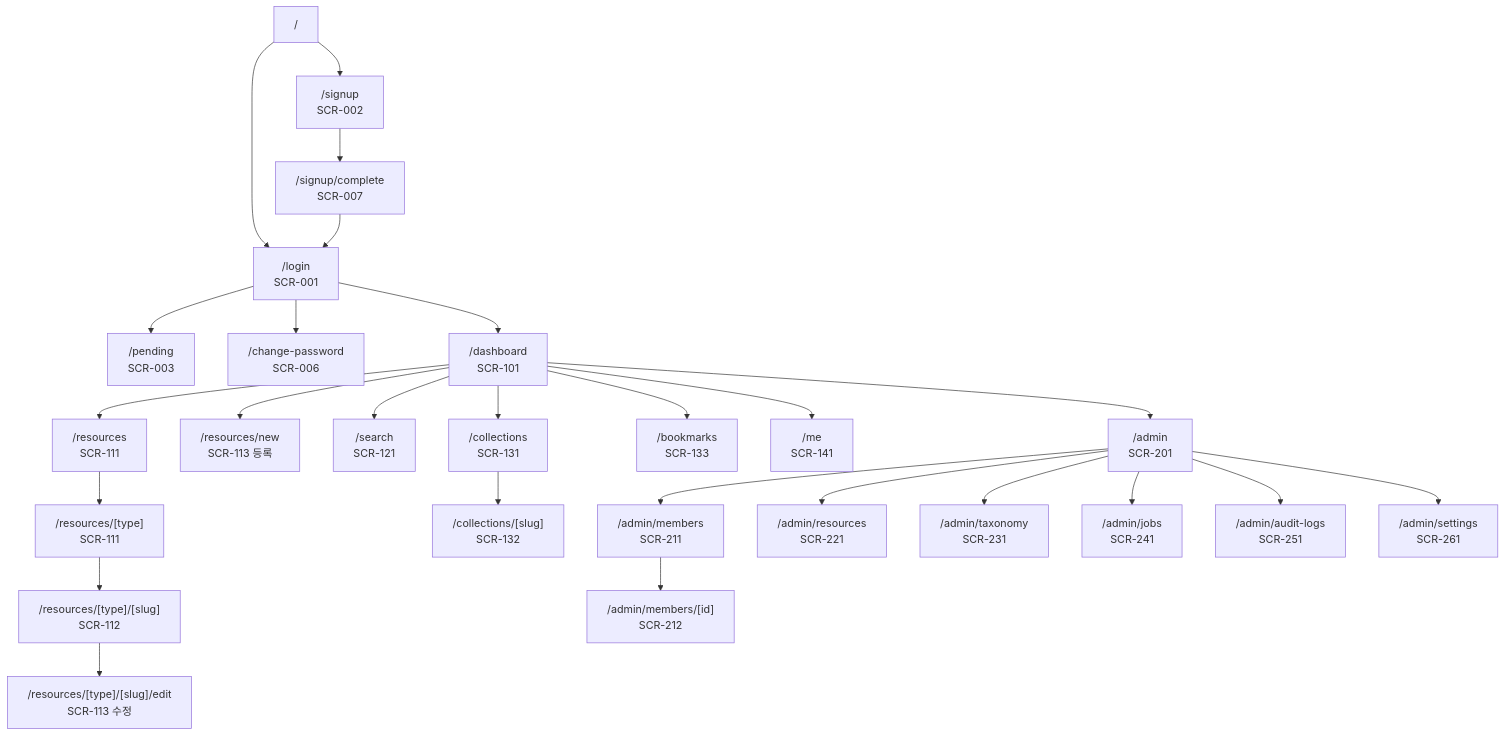
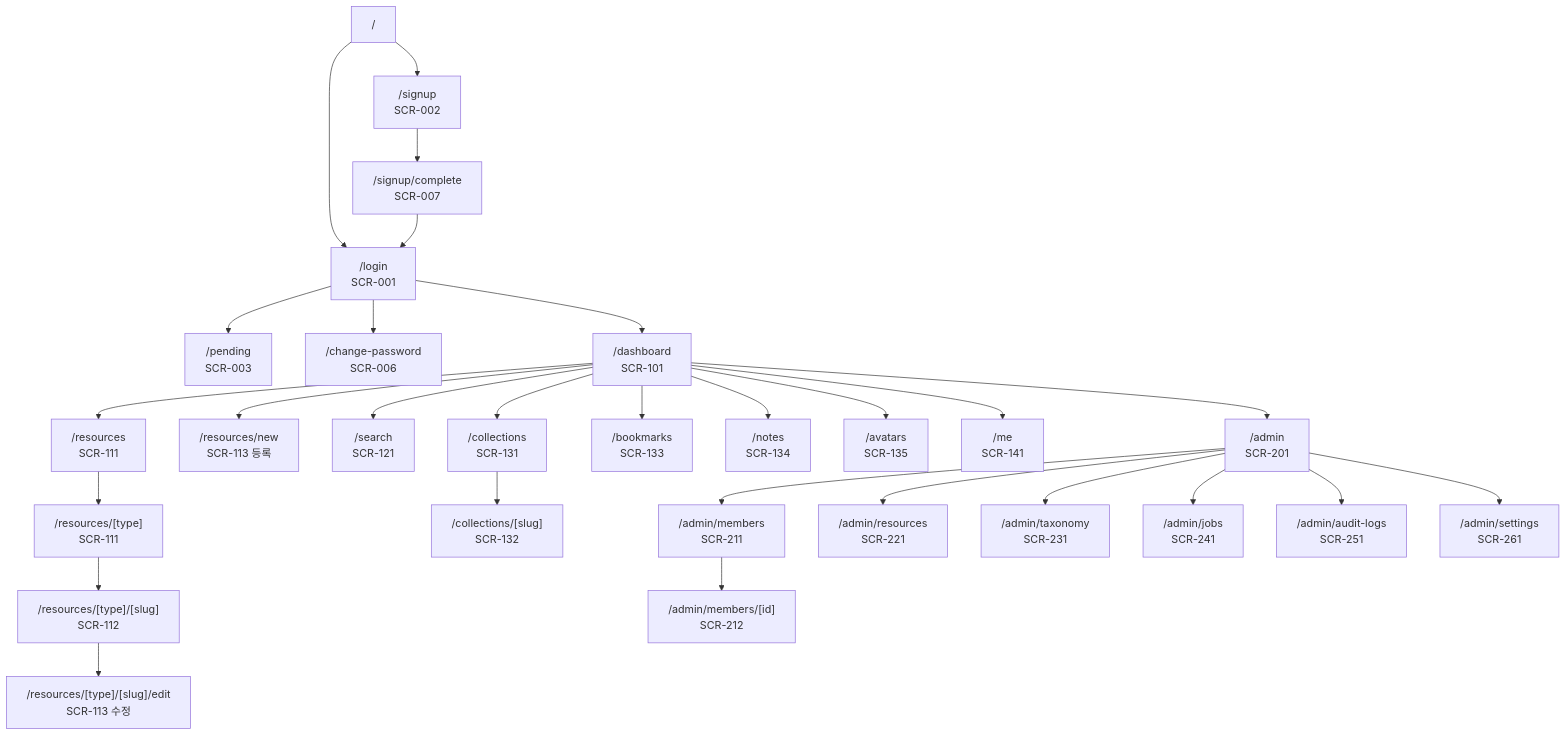
Before and after one commit to anerjin/private_project_myteam: the first of 2 diagrams in _docs/02.개발설계/03_화면_정의_IA.md, drawn with Mermaid. The commit also changed other lines of this file and 16 other files, not shown here.

````diff
--- a/_docs/02.개발설계/03_화면_정의_IA.md
+++ b/_docs/02.개발설계/03_화면_정의_IA.md
@@ -29,30 +29,32 @@
 ```mermaid
 flowchart TD
     ROOT["/"] --> LOGIN["/login<br/>SCR-001"]
     ROOT --> SIGNUP["/signup<br/>SCR-002"]
     SIGNUP --> SDONE["/signup/complete<br/>SCR-007"]
     SDONE --> LOGIN
     LOGIN --> PENDING["/pending<br/>SCR-003"]
     LOGIN --> PWCHG["/change-password<br/>SCR-006"]
     LOGIN --> DASH["/dashboard<br/>SCR-101"]
 
     DASH --> RES["/resources<br/>SCR-111"]
     RES --> RESTYPE["/resources/[type]<br/>SCR-111"]
     RESTYPE --> RESDETAIL["/resources/[type]/[slug]<br/>SCR-112"]
     RESDETAIL --> RESEDIT["/resources/[type]/[slug]/edit<br/>SCR-113 수정"]
     DASH --> NEW["/resources/new<br/>SCR-113 등록"]
     DASH --> SEARCH["/search<br/>SCR-121"]
     DASH --> COLL["/collections<br/>SCR-131"]
     COLL --> COLLD["/collections/[slug]<br/>SCR-132"]
     DASH --> BM["/bookmarks<br/>SCR-133"]
+    DASH --> NOTE["/notes<br/>SCR-134"]
+    DASH --> AVA["/avatars<br/>SCR-135"]
     DASH --> ME["/me<br/>SCR-141"]
 
     DASH --> ADM["/admin<br/>SCR-201"]
     ADM --> AM["/admin/members<br/>SCR-211"]
     AM --> AMD["/admin/members/[id]<br/>SCR-212"]
     ADM --> AR["/admin/resources<br/>SCR-221"]
     ADM --> AT["/admin/taxonomy<br/>SCR-231"]
     ADM --> AJ["/admin/jobs<br/>SCR-241"]
     ADM --> AL["/admin/audit-logs<br/>SCR-251"]
     ADM --> AS["/admin/settings<br/>SCR-261"]
 ```
````
